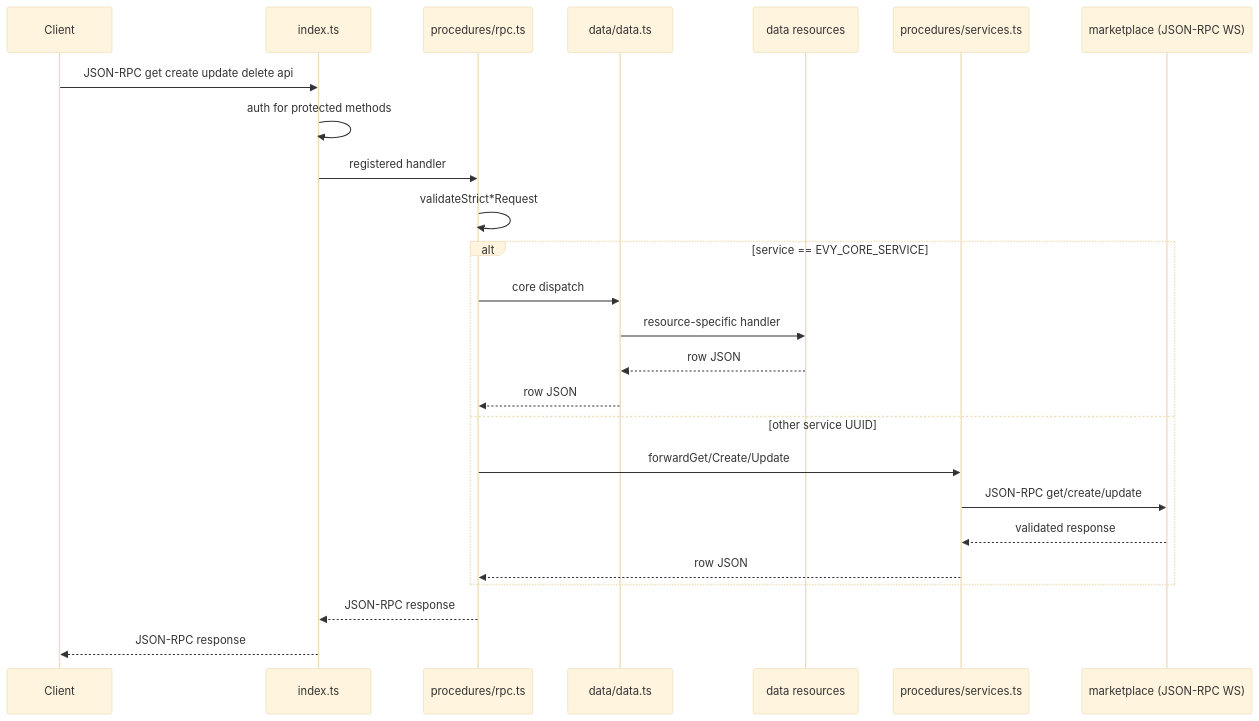
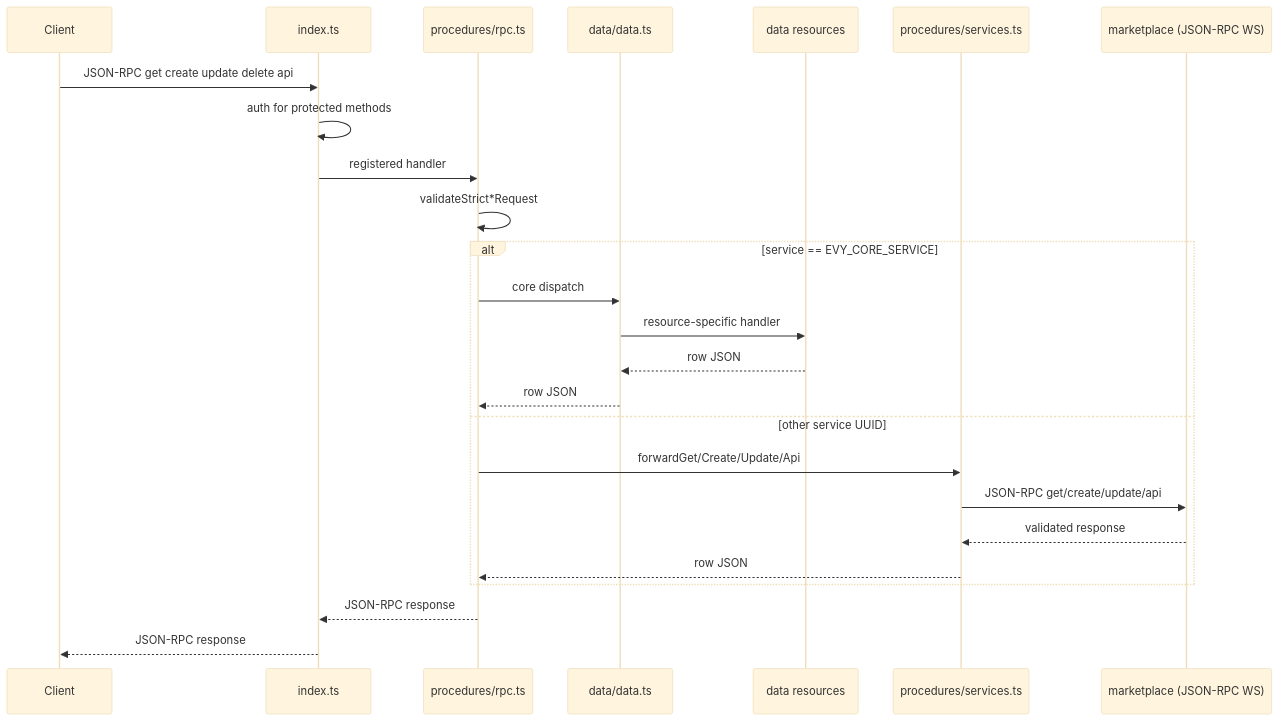
Before and after one commit to EVY-Platform/evy: the first of 2 diagrams in api/README.md, drawn with Mermaid (base theme). The commit also changed other lines of this file and 1 other file, not shown here.

````diff
--- a/api/README.md
+++ b/api/README.md
@@ -11,30 +11,30 @@
 ```mermaid
 sequenceDiagram
     participant Client
     participant index as index.ts
     participant rpc as procedures/rpc.ts
     participant data as data/data.ts
     participant resource as data resources
     participant services as procedures/services.ts
     participant marketplace as marketplace (JSON-RPC WS)
 
     Client->>index: JSON-RPC get create update delete api
     index->>index: auth for protected methods
     index->>rpc: registered handler
     rpc->>rpc: validateStrict*Request
 
     alt service == EVY_CORE_SERVICE
         rpc->>data: core dispatch
         data->>resource: resource-specific handler
         resource-->>data: row JSON
         data-->>rpc: row JSON
     else other service UUID
-        rpc->>services: forwardGet/Create/Update
-        services->>marketplace: JSON-RPC get/create/update
+        rpc->>services: forwardGet/Create/Update/Api
+        services->>marketplace: JSON-RPC get/create/update/api
         marketplace-->>services: validated response
         services-->>rpc: row JSON
     end
 
     rpc-->>index: JSON-RPC response
     index-->>Client: JSON-RPC response
 ```
````
